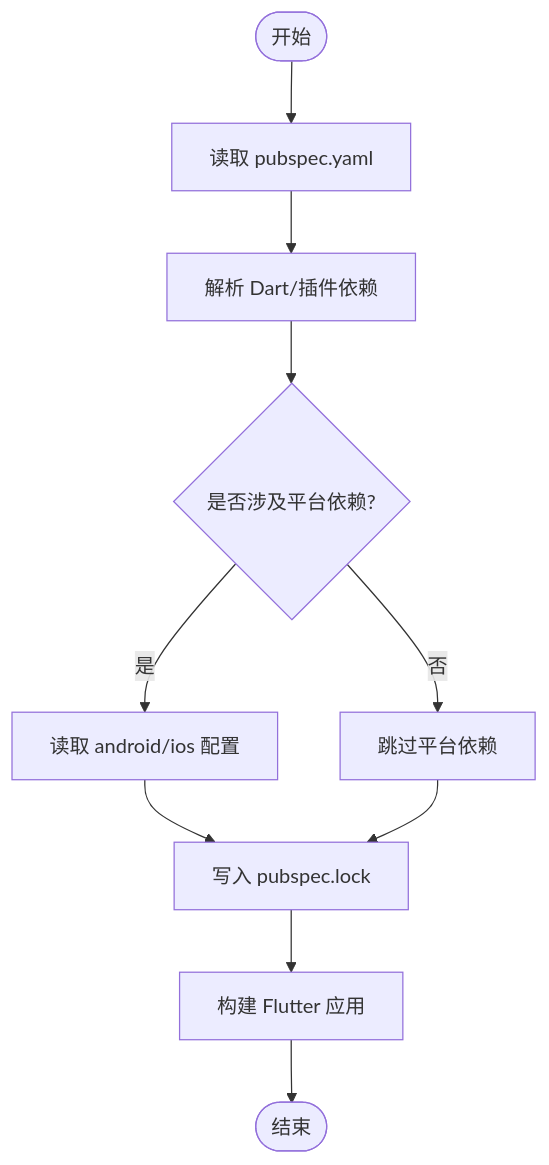
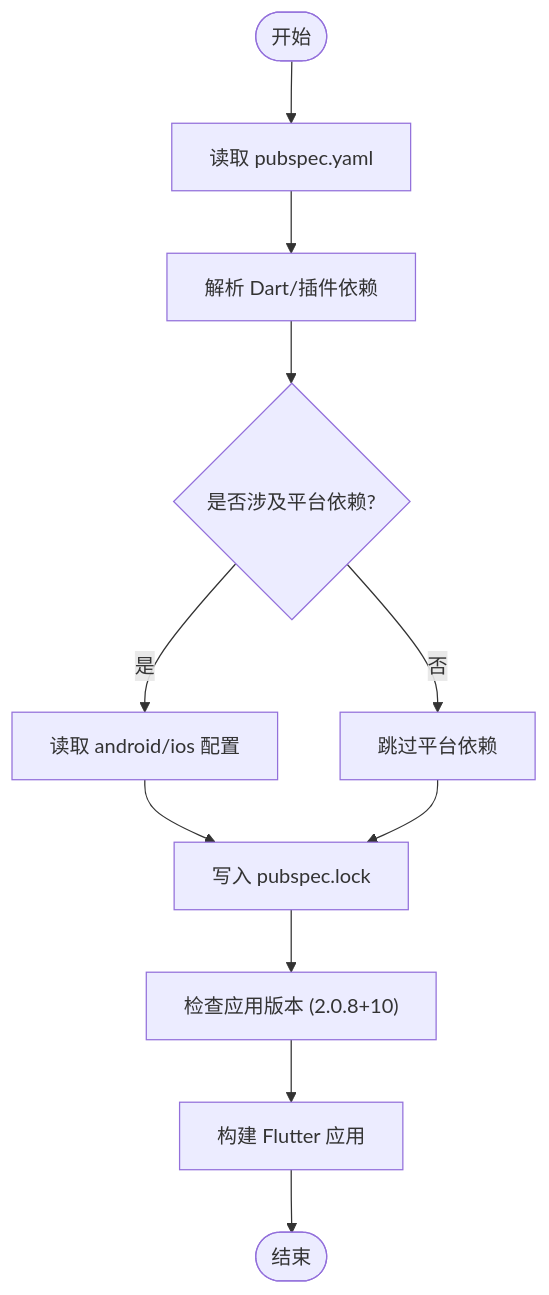
Before and after one commit to ZhangGHGitHub/LegadoTeamFlutter: the fourth of 7 diagrams in .qoder/repowiki/zh/content/构建和部署/依赖管理.md, drawn with Mermaid. The commit also changed other lines of this file and 173 other files, not shown here.

````diff
--- a/.qoder/repowiki/zh/content/构建和部署/依赖管理.md
+++ b/.qoder/repowiki/zh/content/构建和部署/依赖管理.md
@@ -218,12 +229,13 @@
 ```mermaid
 flowchart TD
 Start(["开始"]) --> ReadPubspec["读取 pubspec.yaml"]
 ReadPubspec --> ResolveDeps["解析 Dart/插件依赖"]
 ResolveDeps --> PlatformDeps{"是否涉及平台依赖?"}
 PlatformDeps --> |是| ReadPlatform["读取 android/ios 配置"]
 PlatformDeps --> |否| SkipPlatform["跳过平台依赖"]
 ReadPlatform --> Lock["写入 pubspec.lock"]
 SkipPlatform --> Lock
-Lock --> Build["构建 Flutter 应用"]
+Lock --> VersionCheck["检查应用版本 (2.0.8+10)"]
+VersionCheck --> Build["构建 Flutter 应用"]
 Build --> End(["结束"])
 ```
````
